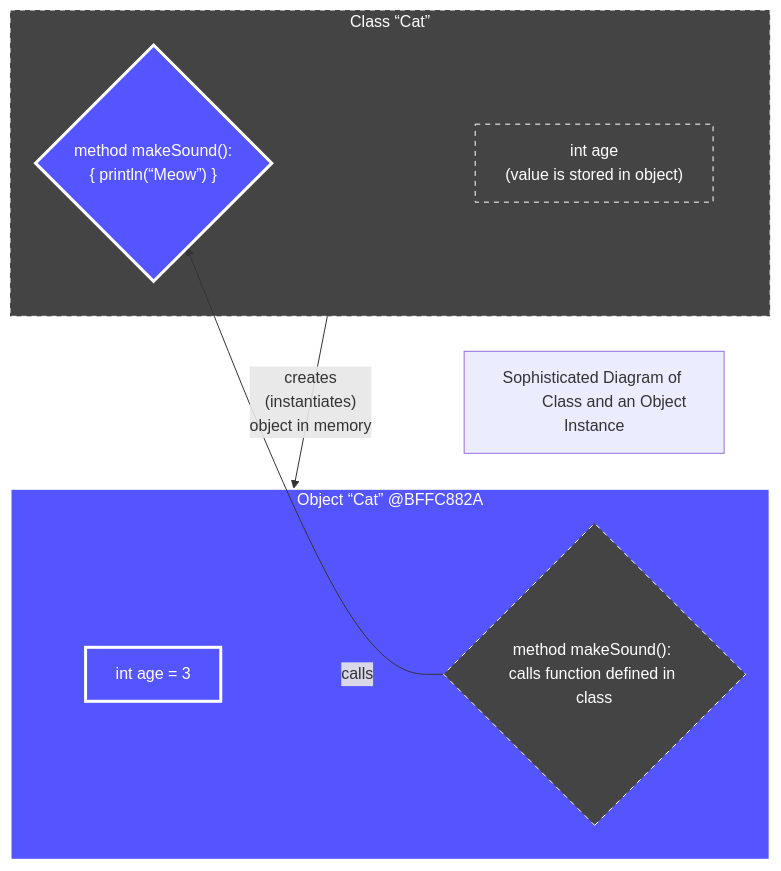
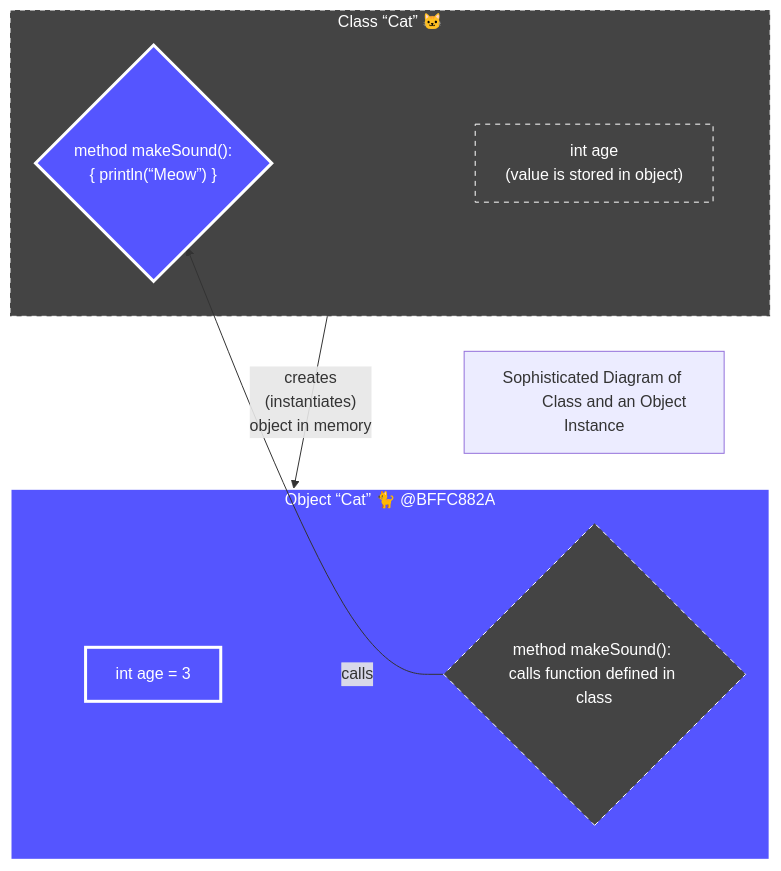
One commit to realityexpander/How_to_program_from_ground_up changed the second of 7 diagrams in 09-ClassOrientedProgramming.md. Above: the diagram before and after it, drawn with Mermaid. The commit also changed other lines of this file and 1 other file, not shown here.

````diff
--- a/09-ClassOrientedProgramming.md
+++ b/09-ClassOrientedProgramming.md
@@ -93,34 +93,34 @@
       ```mermaid
          flowchart RL
           
          catClass -- "
             creates 
-      (instantiates)
+            (instantiates)
             object in memory
       " --> catObject:::Object
-         subgraph catObject["Object “Cat” @BFFC882A"]
+         subgraph catObject["Object “Cat” 🐈 @BFFC882A"]
               catObjectAgeInt["`int age = 3`"] 
               catObjectMakeSoundMethodFunctionPointer{"`method makeSound(): 
                                                    calls function defined in class`"}
          end
       
-         subgraph catClass["Class “Cat”"]
+         subgraph catClass["Class “Cat” 🐱"]
             catClassAgeInt["int age
                             (value is stored in object)"]
             catClassMakeSoundMethodFunctionPointer{"method makeSound():
                                                  { println(“Meow”) }"}
          end
          catObjectMakeSoundMethodFunctionPointer -- calls --> catClassMakeSoundMethodFunctionPointer:::Object
            
          label["Sophisticated Diagram of 
                 Class and an Object Instance"]   
       
          style catClass fill:#444, stroke:#FFF, stroke-width:1px, color:#FFF, stroke-dasharray: 5 5
          style catClassAgeInt fill:#444, stroke:#FFF, stroke-width:1px, color:#FFF, stroke-dasharray: 5 5
          style catClassMakeSoundMethodFunctionPointer fill:#55F, stroke:#FFF, stroke-width:3px, color:#fff 
          
          classDef Object fill:#55F, stroke:#FFF, stroke-width:3px, color:#fff
          style catObjectAgeInt fill:#55F, stroke:#FFF, stroke-width:3px, color:#fff
          style catObjectMakeSoundMethodFunctionPointer fill:#444, stroke:#FFF, stroke-width:1px, color:#FFF, stroke-dasharray: 5 5 
          
       ```
````
